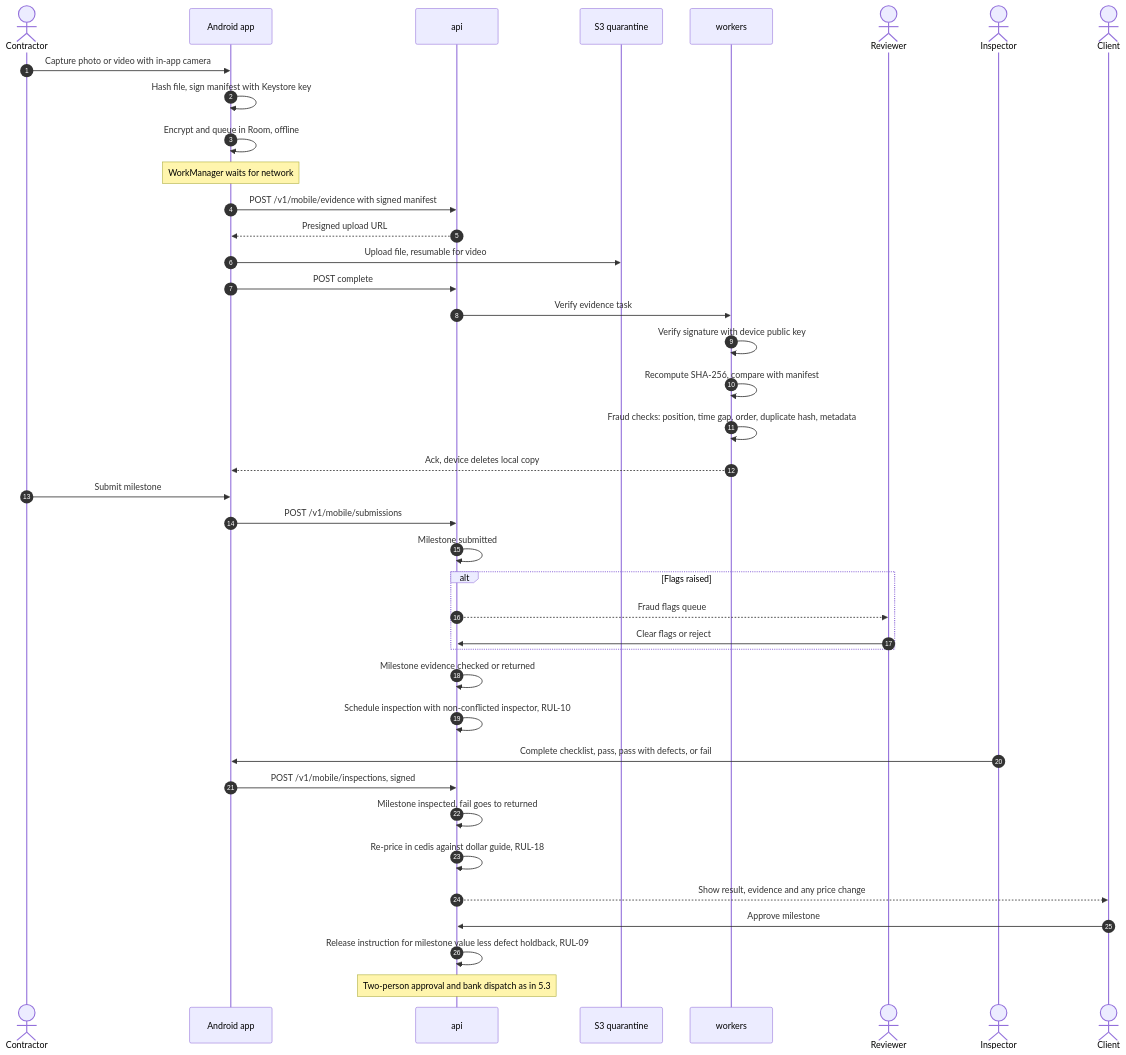
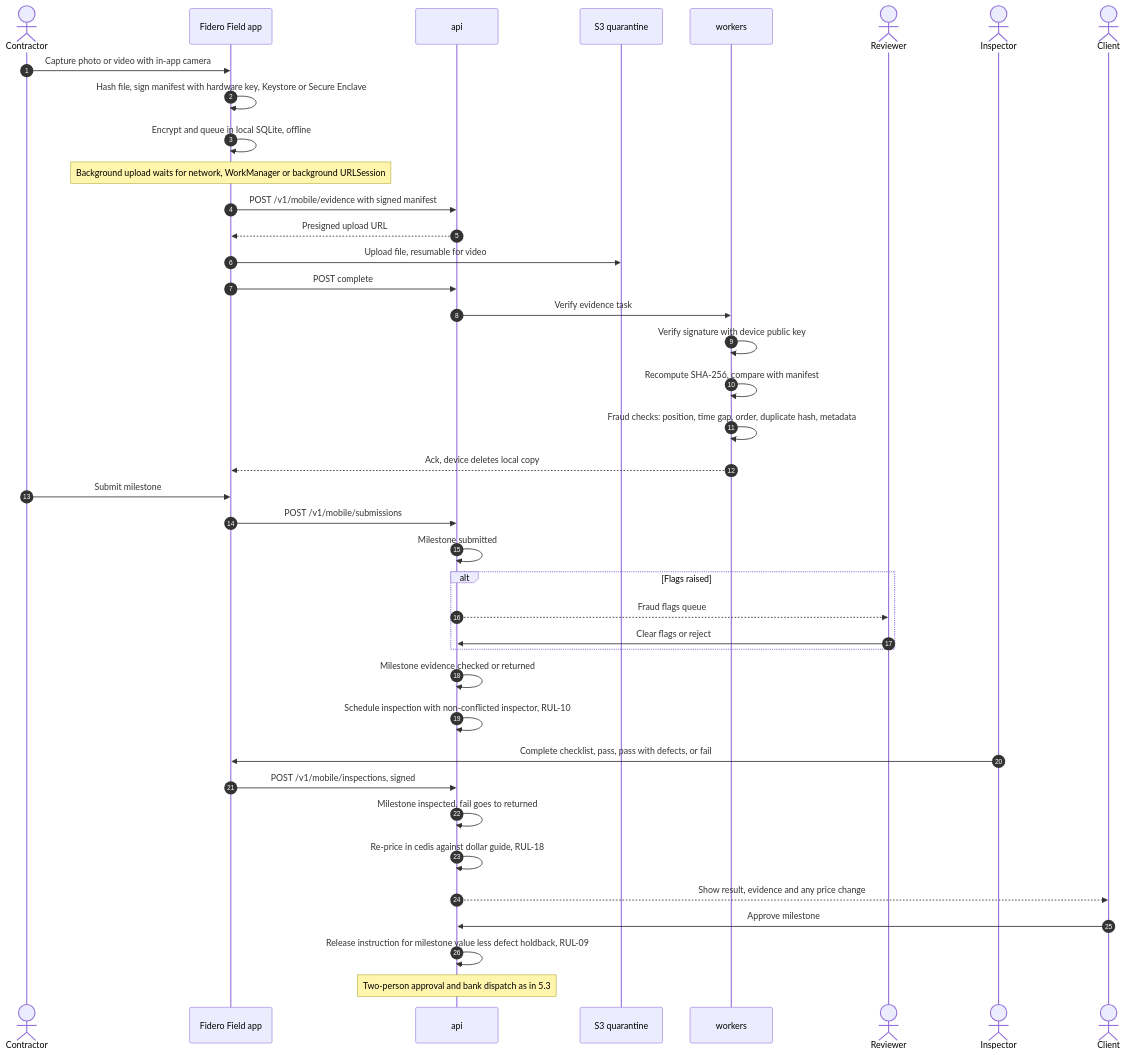
Before and after one commit to 1SteveMens/Fidero: the seventh of 15 diagrams in docs/specs/02-architecture-and-technical-design.md, drawn with Mermaid. The commit also changed other lines of this file and 3 other files, not shown here.

First line of the commit message:
Work in progress: app-store alignment of documents 02 to 06

````diff
--- a/docs/specs/02-architecture-and-technical-design.md
+++ b/docs/specs/02-architecture-and-technical-design.md
@@ -656,42 +693,42 @@
 ```mermaid
 sequenceDiagram
     autonumber
     actor Ct as Contractor
-    participant App as Android app
+    participant App as Fidero Field app
     participant A as api
     participant S3 as S3 quarantine
     participant W as workers
     actor R as Reviewer
     actor I as Inspector
     actor Cl as Client
     Ct->>App: Capture photo or video with in-app camera
-    App->>App: Hash file, sign manifest with Keystore key
-    App->>App: Encrypt and queue in Room, offline
-    Note over App: WorkManager waits for network
+    App->>App: Hash file, sign manifest with hardware key, Keystore or Secure Enclave
+    App->>App: Encrypt and queue in local SQLite, offline
+    Note over App: Background upload waits for network, WorkManager or background URLSession
     App->>A: POST /v1/mobile/evidence with signed manifest
     A-->>App: Presigned upload URL
     App->>S3: Upload file, resumable for video
     App->>A: POST complete
     A->>W: Verify evidence task
     W->>W: Verify signature with device public key
     W->>W: Recompute SHA-256, compare with manifest
     W->>W: Fraud checks: position, time gap, order, duplicate hash, metadata
     W-->>App: Ack, device deletes local copy
     Ct->>App: Submit milestone
     App->>A: POST /v1/mobile/submissions
     A->>A: Milestone submitted
     alt Flags raised
         A-->>R: Fraud flags queue
         R->>A: Clear flags or reject
     end
     A->>A: Milestone evidence checked or returned
     A->>A: Schedule inspection with non-conflicted inspector, RUL-10
     I->>App: Complete checklist, pass, pass with defects, or fail
     App->>A: POST /v1/mobile/inspections, signed
     A->>A: Milestone inspected, fail goes to returned
     A->>A: Re-price in cedis against dollar guide, RUL-18
     A-->>Cl: Show result, evidence and any price change
     Cl->>A: Approve milestone
     A->>A: Release instruction for milestone value less defect holdback, RUL-09
     Note over A: Two-person approval and bank dispatch as in 5.3
 ```
````
